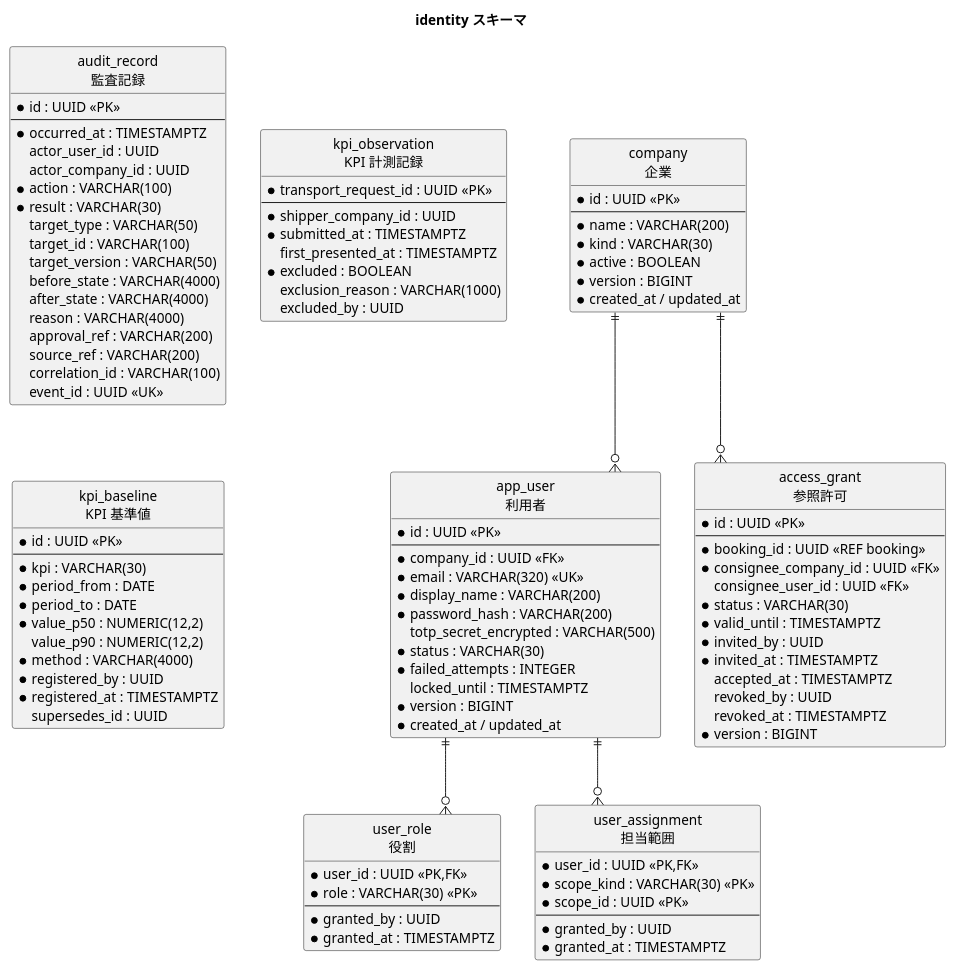
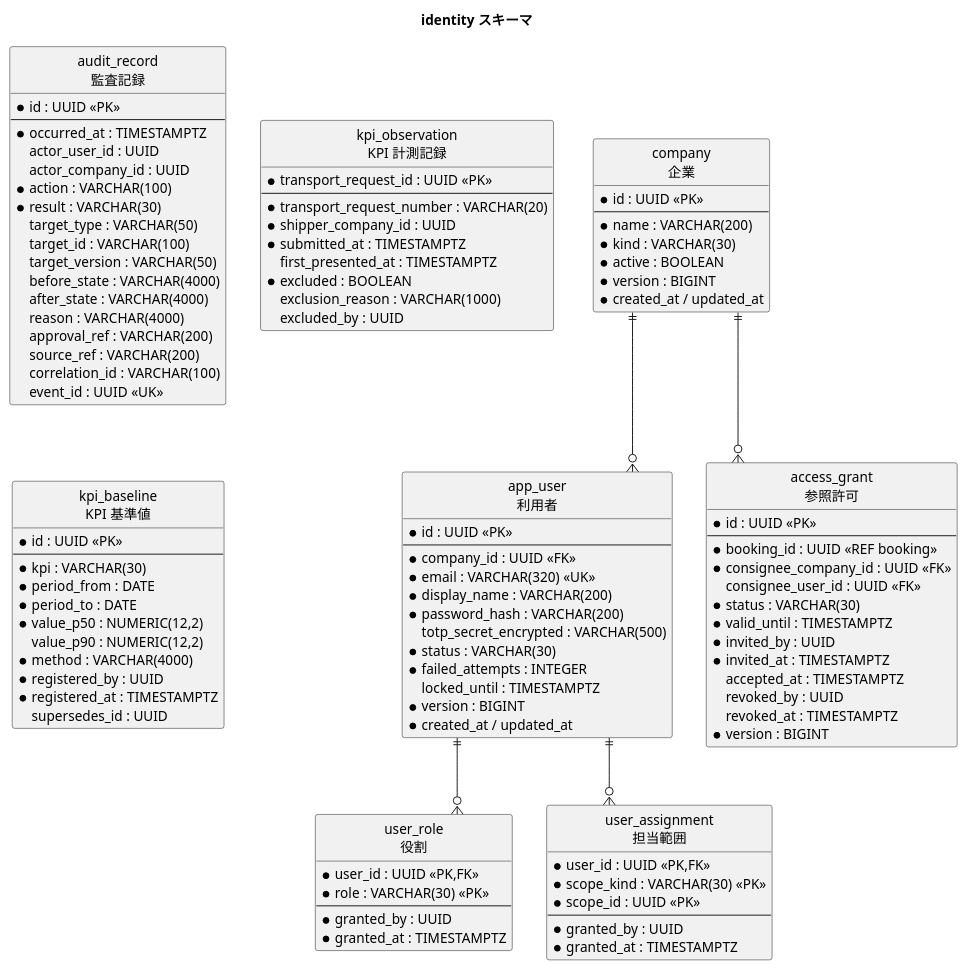
One commit to k2works/practical-domain-driven-design-in-enterpris-application changed the sixth of 8 diagrams in docs/design/cargo-tracker/data_model.md. Above: the diagram before and after it, drawn with PlantUML. The commit also changed other lines of this file and 5 other files, not shown here.

```diff
--- a/docs/design/cargo-tracker/data_model.md
+++ b/docs/design/cargo-tracker/data_model.md
@@ -775,6 +792,7 @@
 entity "kpi_observation\nKPI 計測記録" as ko {
   * transport_request_id : UUID <<PK>>
   --
+  * transport_request_number : VARCHAR(20)
   * shipper_company_id : UUID
   * submitted_at : TIMESTAMPTZ
   first_presented_at : TIMESTAMPTZ
```
